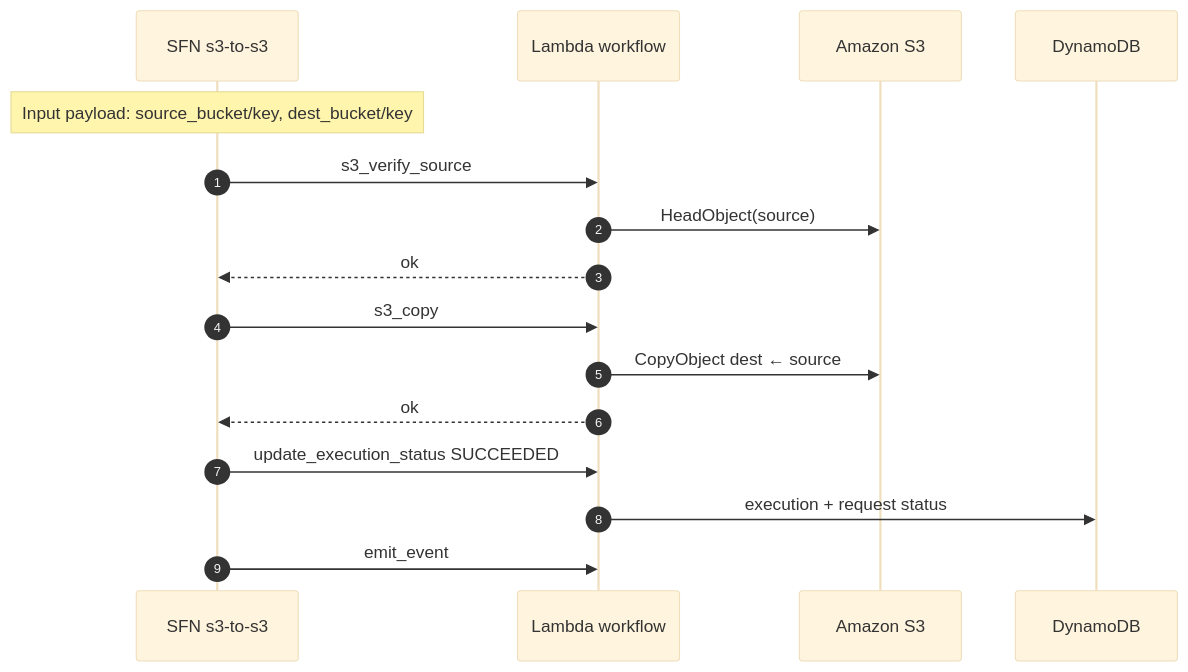
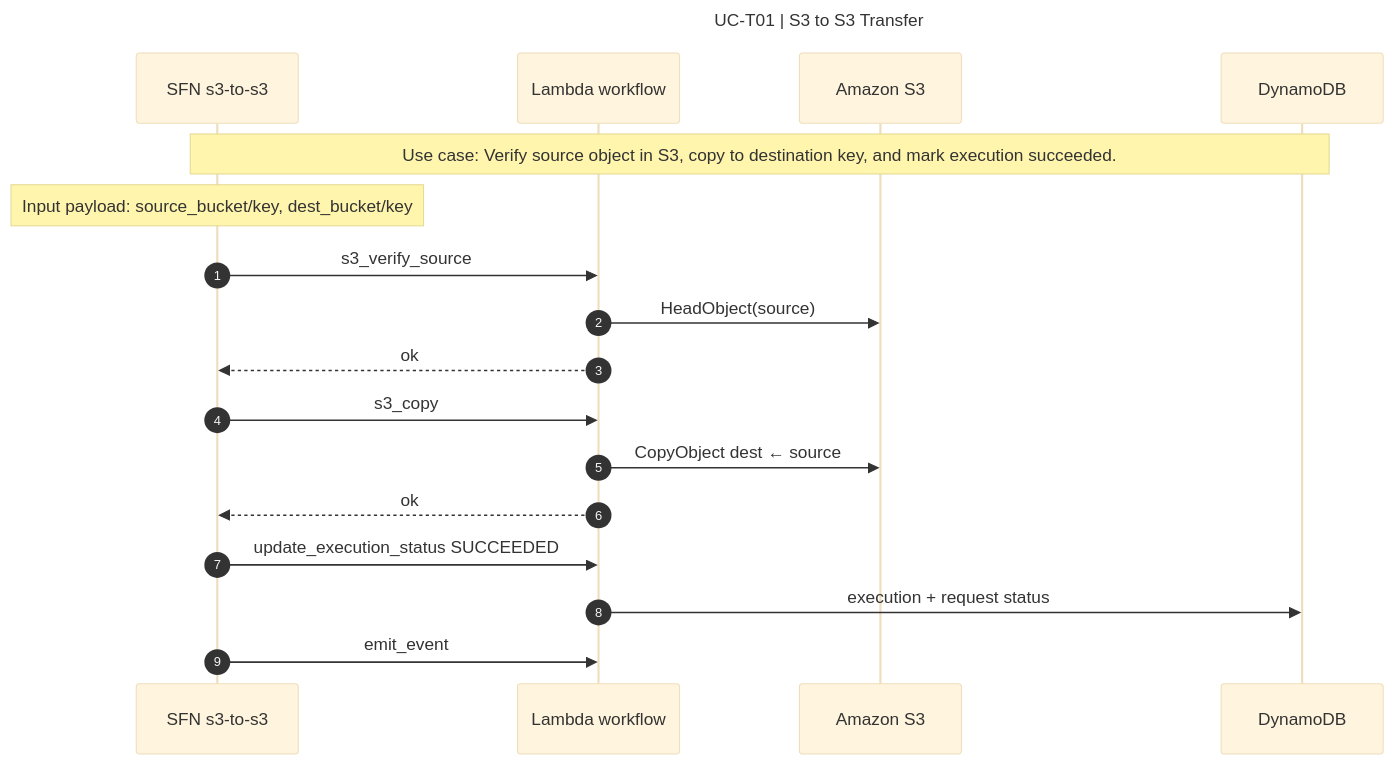
One commit to bayareala8s/BayRelayAI changed the eighth of 31 diagrams in docs/SEQUENCE_DIAGRAMS.md. Above: the diagram before and after it, drawn with Mermaid (base theme). The commit also changed other lines of this file and 68 other files, not shown here.

First line of the commit message:
Add title and use-case labels to all sequence diagrams.

````diff
--- a/docs/SEQUENCE_DIAGRAMS.md
+++ b/docs/SEQUENCE_DIAGRAMS.md
@@ -232,19 +273,23 @@
 ```mermaid
+---
+title: UC-T01 | S3 to S3 Transfer
+---
 sequenceDiagram
   autonumber
   participant Child as SFN s3-to-s3
   participant WF as Lambda workflow
   participant S3 as Amazon S3
   participant DDB as DynamoDB
+  Note over Child,DDB: Use case: Verify source object in S3, copy to destination key, and mark execution succeeded.
 
   Note over Child: Input payload: source_bucket/key, dest_bucket/key
   Child->>WF: s3_verify_source
   WF->>S3: HeadObject(source)
   WF-->>Child: ok
   Child->>WF: s3_copy
   WF->>S3: CopyObject dest ← source
   WF-->>Child: ok
   Child->>WF: update_execution_status SUCCEEDED
   WF->>DDB: execution + request status
   Child->>WF: emit_event
 ```
````
